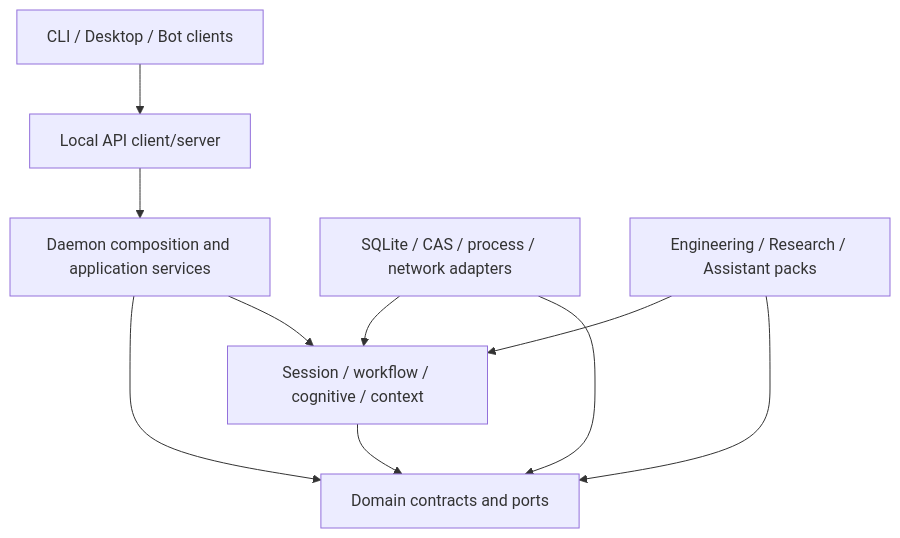
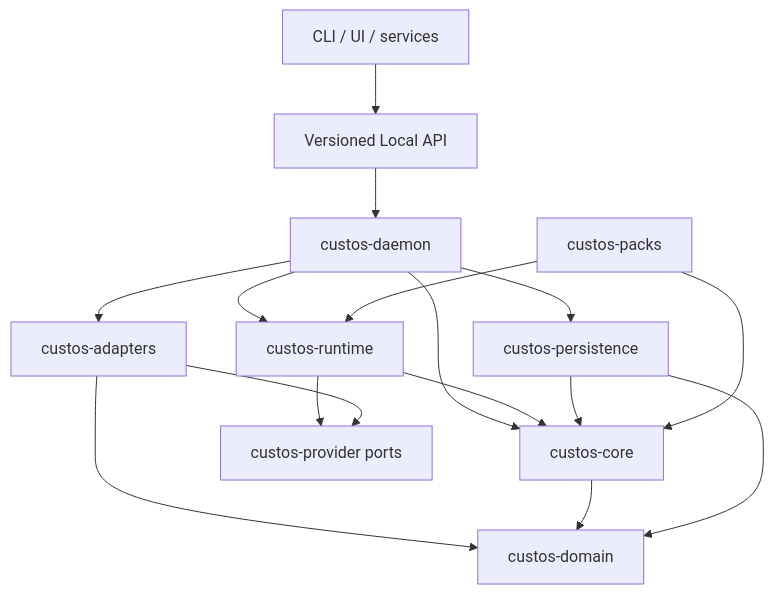
The diagram in docs/development/repository-structure.md (civi0411/Custos), drawn with Mermaid before and after one commit. The commit also changed other lines of this file and 8 other files, not shown here.

Commit message:
docs: establish canonical architecture and repository topology

````diff
--- a/docs/development/repository-structure.md
+++ b/docs/development/repository-structure.md
@@ -47,12 +71,18 @@
 ```mermaid
 flowchart TD
-  CLIENT[CLI / Desktop / Bot clients] --> API[Local API client/server]
-  API --> APP[Daemon composition and application services]
-  APP --> RUNTIME[Session / workflow / cognitive / context]
-  RUNTIME --> PORTS[Domain contracts and ports]
-  APP --> PORTS
-  INFRA[SQLite / CAS / process / network adapters] --> PORTS
-  INFRA --> RUNTIME
-  PACKS[Engineering / Research / Assistant packs] --> PORTS
-  PACKS --> RUNTIME
+  CLIENT[CLI / UI / services] --> API[Versioned Local API]
+  API --> DAEMON[custos-daemon]
+  DAEMON --> CORE[custos-core]
+  DAEMON --> RUNTIME[custos-runtime]
+  DAEMON --> ADAPTERS[custos-adapters]
+  DAEMON --> STORE[custos-persistence]
+  RUNTIME --> PROVIDER[custos-provider ports]
+  RUNTIME --> CORE
+  ADAPTERS --> PROVIDER
+  ADAPTERS --> DOMAIN[custos-domain]
+  CORE --> DOMAIN
+  STORE --> CORE
+  STORE --> DOMAIN
+  PACKS[custos-packs] --> RUNTIME
+  PACKS --> CORE
 ```
````
